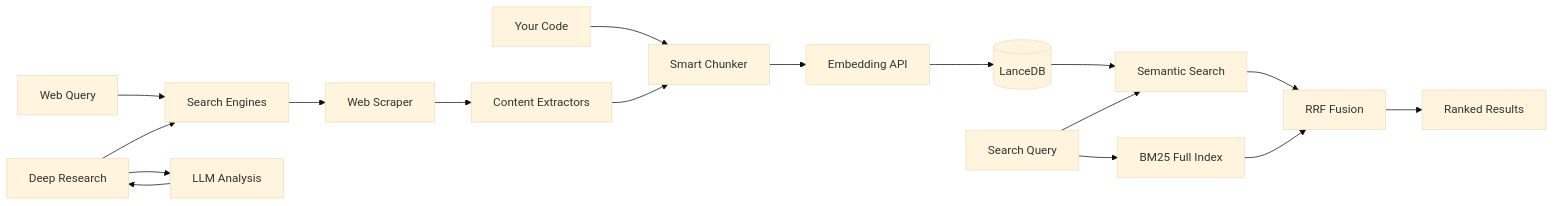
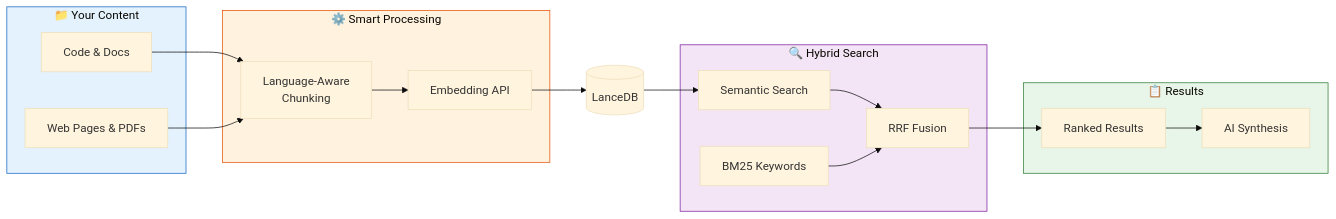
One commit to FSSCoding/Fss-Mini-Rag changed the diagram in README.md. Above: the diagram before and after it, drawn with Mermaid (base theme). The commit also changed other lines of this file, not shown here.

````diff
--- a/README.md
+++ b/README.md
@@ -43,22 +22,33 @@
 ```mermaid
 flowchart LR
-    Files[Your Code] --> Chunker[Smart Chunker]
-    Chunker --> Embedder[Embedding API]
-    Embedder --> LanceDB[(LanceDB)]
+    subgraph Input["📁 Your Content"]
+        Files[Code & Docs]
+        Web[Web Pages & PDFs]
+    end
 
-    Query[Search Query] --> Semantic[Semantic Search]
-    Query --> BM25[BM25 Full Index]
-    LanceDB --> Semantic
-    Semantic --> RRF[RRF Fusion]
+    subgraph Process["⚙️ Smart Processing"]
+        Chunk[Language-Aware\nChunking]
+        Embed[Embedding API]
+    end
+
+    subgraph Search["🔍 Hybrid Search"]
+        Semantic[Semantic Search]
+        BM25[BM25 Keywords]
+        RRF[RRF Fusion]
+    end
+
+    subgraph Output["📋 Results"]
+        Ranked[Ranked Results]
+        LLM[AI Synthesis]
+    end
+
+    Files --> Chunk --> Embed --> DB[(LanceDB)]
+    Web --> Chunk
+    DB --> Semantic --> RRF --> Ranked --> LLM
     BM25 --> RRF
-    RRF --> Results[Ranked Results]
 
-    WebQuery[Web Query] --> Engines[Search Engines]
-    Engines --> Scraper[Web Scraper]
-    Scraper --> Extractors[Content Extractors]
-    Extractors --> Chunker
-
-    Research[Deep Research] --> Engines
-    Research --> LLM[LLM Analysis]
-    LLM --> Research
+    style Input fill:#e3f2fd,stroke:#1565c0
+    style Process fill:#fff3e0,stroke:#e65100
+    style Search fill:#f3e5f5,stroke:#7b1fa2
+    style Output fill:#e8f5e9,stroke:#2e7d32
 ```
````
